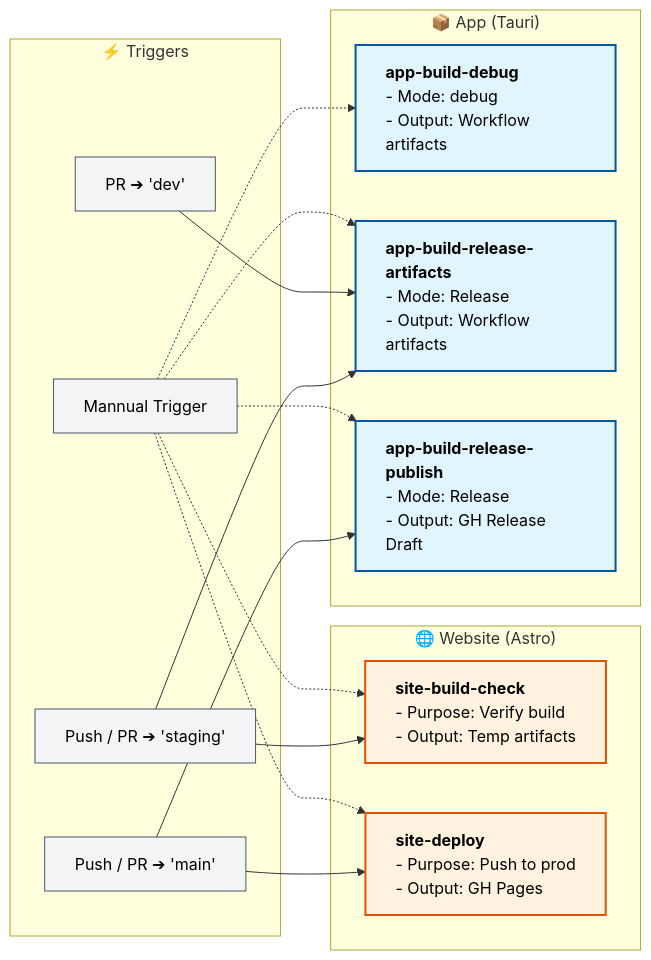
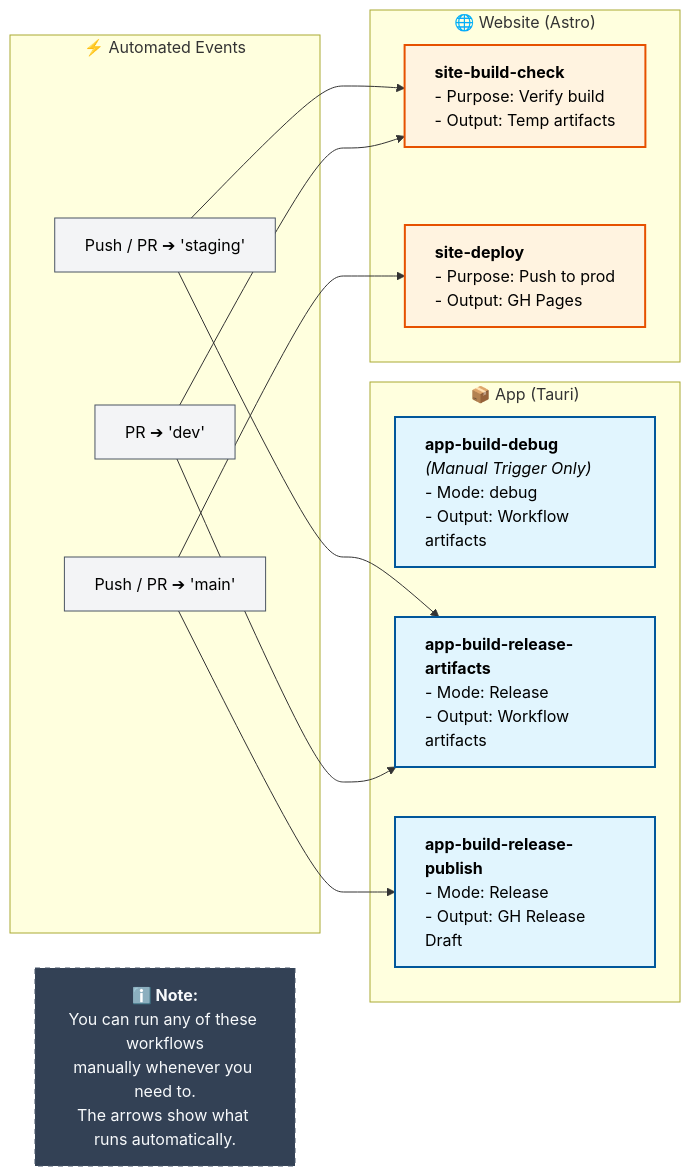
One commit to Keshav-writes-code/Cherit changed the diagram in apps/site-docs/src/content/docs/dev_docs/ci_pipelines.md. Above: the diagram before and after it, drawn with Mermaid. The commit also changed 1 other file, not shown here.

Commit message:
feat: make site build check run on pr on dev

````diff
--- a/apps/site-docs/src/content/docs/dev_docs/ci_pipelines.md
+++ b/apps/site-docs/src/content/docs/dev_docs/ci_pipelines.md
@@ -6,59 +6,63 @@
 ```mermaid
 graph LR
-    subgraph Triggers ["⚡ Triggers"]
+    subgraph Triggers ["⚡ Automated Events"]
         DevPR["PR ➔ 'dev'"]
         StgPushPR["Push / PR ➔ 'staging'"]
         MainPushPR["Push / PR ➔ 'main'"]
-        Mannual["Mannual Trigger"]
     end
 
     subgraph AppWorkflows ["📦 App (Tauri)"]
         Debug["`**app-build-debug**
+        *(Manual Trigger Only)*
         - Mode: debug
         - Output: Workflow artifacts`"]
 
         Artifacts["`**app-build-release-artifacts**
         - Mode: Release
         - Output: Workflow artifacts`"]
 
         Release["`**app-build-release-publish**
         - Mode: Release
         - Output: GH Release Draft`"]
     end
 
     subgraph SiteWorkflows ["🌐 Website (Astro)"]
         SiteCheck["`**site-build-check**
         - Purpose: Verify build
         - Output: Temp artifacts`"]
 
         SiteDeploy["`**site-deploy**
         - Purpose: Push to prod
         - Output: GH Pages`"]
     end
 
+    %% Floating Explanation
+    GlobalNote["`**ℹ️ Note:**
+    You can run any of these workflows
+    manually whenever you need to.
+    The arrows show what runs automatically.`"]
+
     %% Automated Workflow Triggers
-
     MainPushPR --> Release
     MainPushPR --> SiteDeploy
 
     StgPushPR --> Artifacts
     StgPushPR --> SiteCheck
 
     DevPR --> Artifacts
-
-    Mannual -.-> Debug
-    Mannual -.-> Artifacts
-    Mannual -.-> Release
-    Mannual -.-> SiteCheck
-    Mannual -.-> SiteDeploy
+    DevPR --> SiteCheck
 
     %% Styling Classes
     classDef trigger fill:#f3f4f6,stroke:#4b5563,stroke-width:1px,color:#000
     classDef appNode fill:#e1f5fe,stroke:#01579b,stroke-width:2px,color:#000,text-align:left
     classDef siteNode fill:#fff3e0,stroke:#e65100,stroke-width:2px,color:#000,text-align:left
 
+    %% Note styled for dark mode (soft slate background, light text)
+    classDef noteNode fill:#334155,stroke:#475569,stroke-width:1px,stroke-dasharray: 5 5,color:#f8fafc,text-align:center
+
     %% Apply Styles
-    class DevPR,StgPushPR,MainPushPR,Mannual trigger
+    class DevPR,StgPushPR,MainPushPR trigger
     class Debug,Artifacts,Release appNode
     class SiteCheck,SiteDeploy siteNode
+    class GlobalNote noteNode
 ```
````
